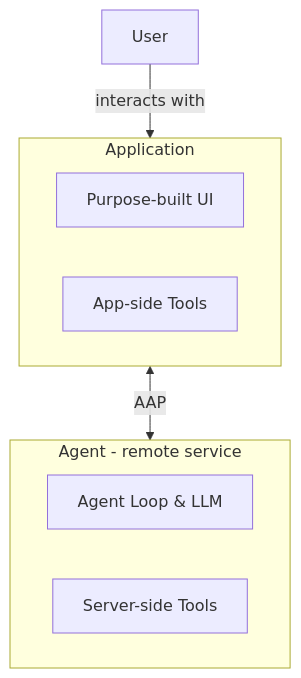
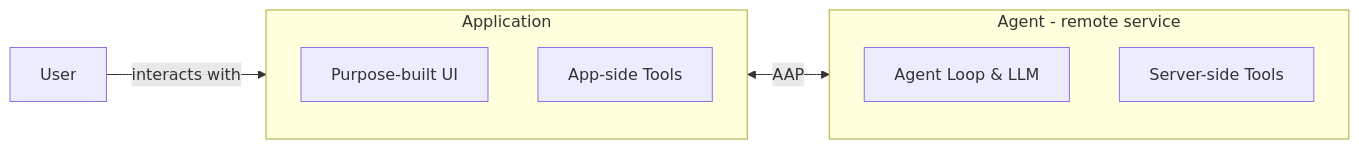
Before and after one commit to agentapplicationprotocol/agent-application-protocol: the second of 2 diagrams in README.md, drawn with Mermaid.

````diff
--- a/README.md
+++ b/README.md
@@ -23,16 +23,18 @@
 ```mermaid
-graph TB
+graph LR
     User -->|interacts with| App
 
     subgraph App [Application]
+        direction TB
         UI[Purpose-built UI]
         AT[App-side Tools]
     end
 
     App <-->|AAP| Agent
 
     subgraph Agent [Agent - remote service]
+        direction TB
         Loop[Agent Loop & LLM]
         ST[Server-side Tools]
     end
 ```
````
